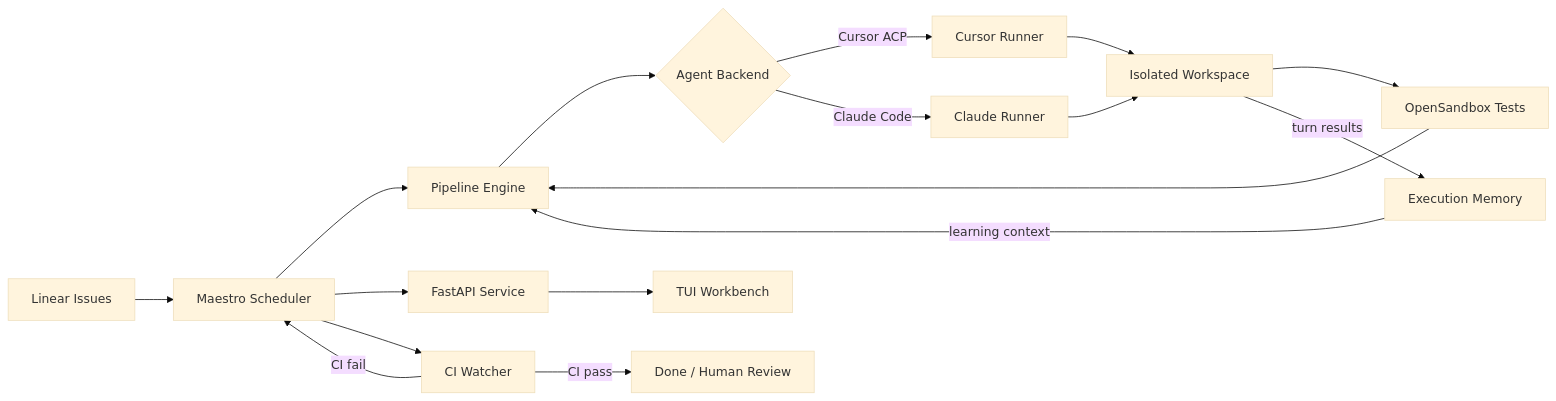
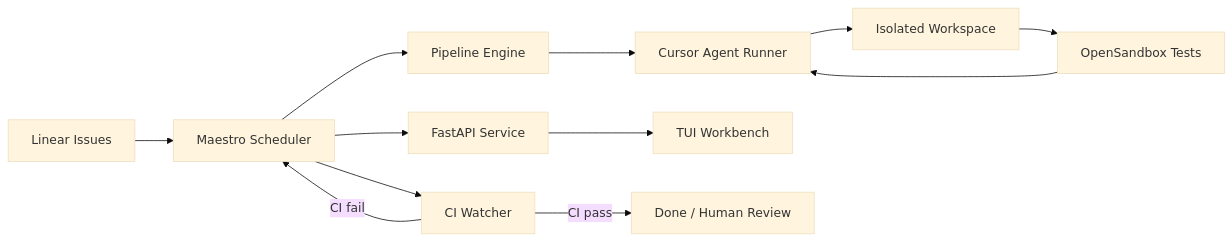
One commit to neilzhangpro/Maestro changed the diagram in README.md. Above: the diagram before and after it, drawn with Mermaid (base theme). The commit also changed other lines of this file and 7 other files, not shown here.

````diff
--- a/README.md
+++ b/README.md
@@ -78,19 +76,14 @@
 ```mermaid
 flowchart LR
     A[Linear Issues] --> B[Maestro Scheduler]
     B --> C[Pipeline Engine]
-    C --> D{Agent Backend}
-    D -->|Cursor ACP| E1[Cursor Runner]
-    D -->|Claude Code| E2[Claude Runner]
-    E1 --> F[Isolated Workspace]
-    E2 --> F
-    F --> G[OpenSandbox Tests]
-    G --> C
-    F -->|turn results| H[Execution Memory]
-    H -->|learning context| C
-    B --> I[FastAPI Service]
-    I --> J[TUI Workbench]
-    B --> K[CI Watcher]
-    K -->|CI pass| L[Done / Human Review]
-    K -->|CI fail| B
+    C --> D[Cursor Agent Runner]
+    D --> E[Isolated Workspace]
+    B --> F[FastAPI Service]
+    F --> G[TUI Workbench]
+    E --> H[OpenSandbox Tests]
+    H --> D
+    B --> I[CI Watcher]
+    I -->|CI pass| J[Done / Human Review]
+    I -->|CI fail| B
 ```
````
